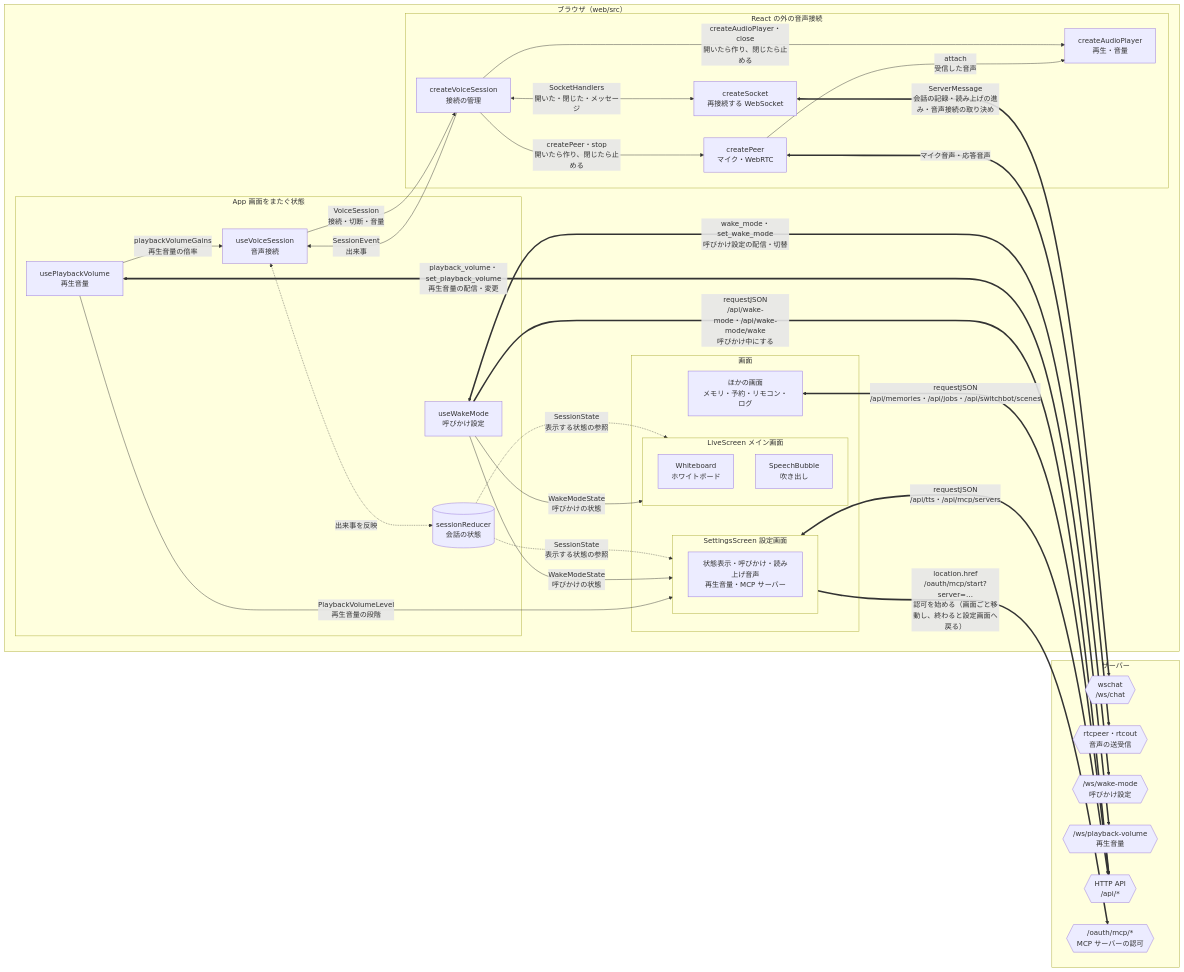
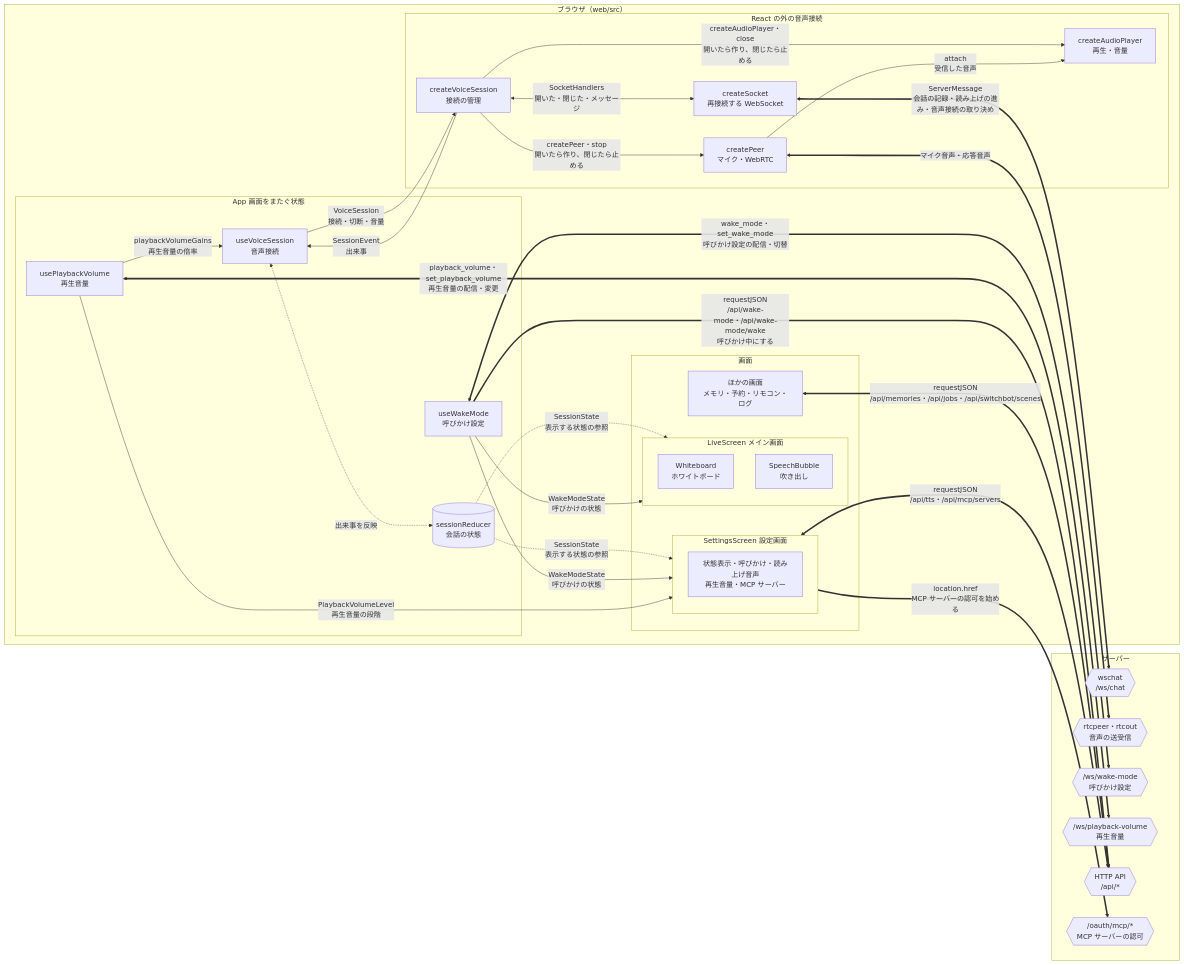
Before and after one commit to tetetratra/smart-speaker: the fourth of 4 diagrams in README.md, drawn with Mermaid. The commit also changed other lines of this file, not shown here.

First line of the commit message:
README の MCP の説明を、ツールの図の1つの外部サービスにまとめる

````diff
--- a/README.md
+++ b/README.md
@@ -276,57 +240,57 @@
 ```mermaid
 flowchart LR
     subgraph web["ブラウザ（web/src）"]
         subgraph app["App 画面をまたぐ状態"]
             voice["useVoiceSession<br/>音声接続"]
             wake["useWakeMode<br/>呼びかけ設定"]
             volume["usePlaybackVolume<br/>再生音量"]
             state[("sessionReducer<br/>会話の状態")]
         end
         subgraph io["React の外の音声接続"]
             session["createVoiceSession<br/>接続の管理"]
             socket["createSocket<br/>再接続する WebSocket"]
             peer["createPeer<br/>マイク・WebRTC"]
             player["createAudioPlayer<br/>再生・音量"]
         end
         subgraph screens["画面"]
             subgraph live["LiveScreen メイン画面"]
                 whiteboard["Whiteboard<br/>ホワイトボード"]
                 bubble["SpeechBubble<br/>吹き出し"]
             end
             subgraph settings["SettingsScreen 設定画面"]
                 parts["状態表示・呼びかけ・読み上げ音声<br/>再生音量・MCP サーバー"]
             end
             pages["ほかの画面<br/>メモリ・予約・リモコン・ログ"]
         end
     end
 
     subgraph server["サーバー"]
         chat{{"wschat<br/>/ws/chat"}}
         rtc{{"rtcpeer・rtcout<br/>音声の送受信"}}
         wsWake{{"/ws/wake-mode<br/>呼びかけ設定"}}
         wsVolume{{"/ws/playback-volume<br/>再生音量"}}
         httpAPI{{"HTTP API<br/>/api/*"}}
         oauthMCP{{"/oauth/mcp/*<br/>MCP サーバーの認可"}}
     end
 
     voice -->|"VoiceSession<br/>接続・切断・音量"| session
     session -->|"SessionEvent<br/>出来事"| voice
     session -->|"createPeer・stop<br/>開いたら作り、閉じたら止める"| peer
     session -->|"createAudioPlayer・close<br/>開いたら作り、閉じたら止める"| player
     session <-->|"SocketHandlers<br/>開いた・閉じた・メッセージ"| socket
     peer -->|"attach<br/>受信した音声"| player
     voice <-.->|"出来事を反映"| state
     state -.->|"SessionState<br/>表示する状態の参照"| live & settings
     wake -->|"WakeModeState<br/>呼びかけの状態"| live & settings
     volume -->|"PlaybackVolumeLevel<br/>再生音量の段階"| settings
     volume -->|"playbackVolumeGains<br/>再生音量の倍率"| voice
 
     socket <==>|"ServerMessage<br/>会話の記録・読み上げの進み・音声接続の取り決め"| chat
     peer <==>|"マイク音声・応答音声"| rtc
     wake <==>|"wake_mode・set_wake_mode<br/>呼びかけ設定の配信・切替"| wsWake
     wake ==>|"requestJSON<br/>/api/wake-mode・/api/wake-mode/wake<br/>呼びかけ中にする"| httpAPI
     volume <==>|"playback_volume・set_playback_volume<br/>再生音量の配信・変更"| wsVolume
     settings <==>|"requestJSON<br/>/api/tts・/api/mcp/servers"| httpAPI
-    settings ==>|"location.href<br/>/oauth/mcp/start?server=…<br/>認可を始める（画面ごと移動し、終わると設定画面へ戻る）"| oauthMCP
+    settings ==>|"location.href<br/>MCP サーバーの認可を始める"| oauthMCP
     pages <==>|"requestJSON<br/>/api/memories・/api/jobs・/api/switchbot/scenes"| httpAPI
 ```
````
